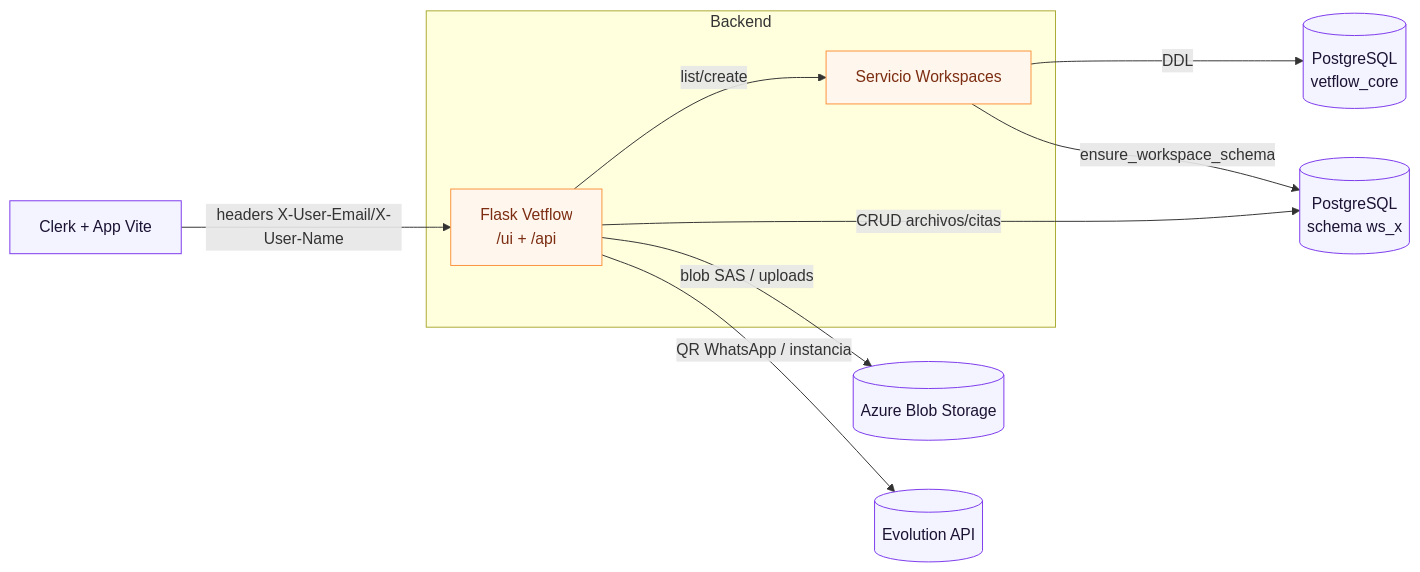
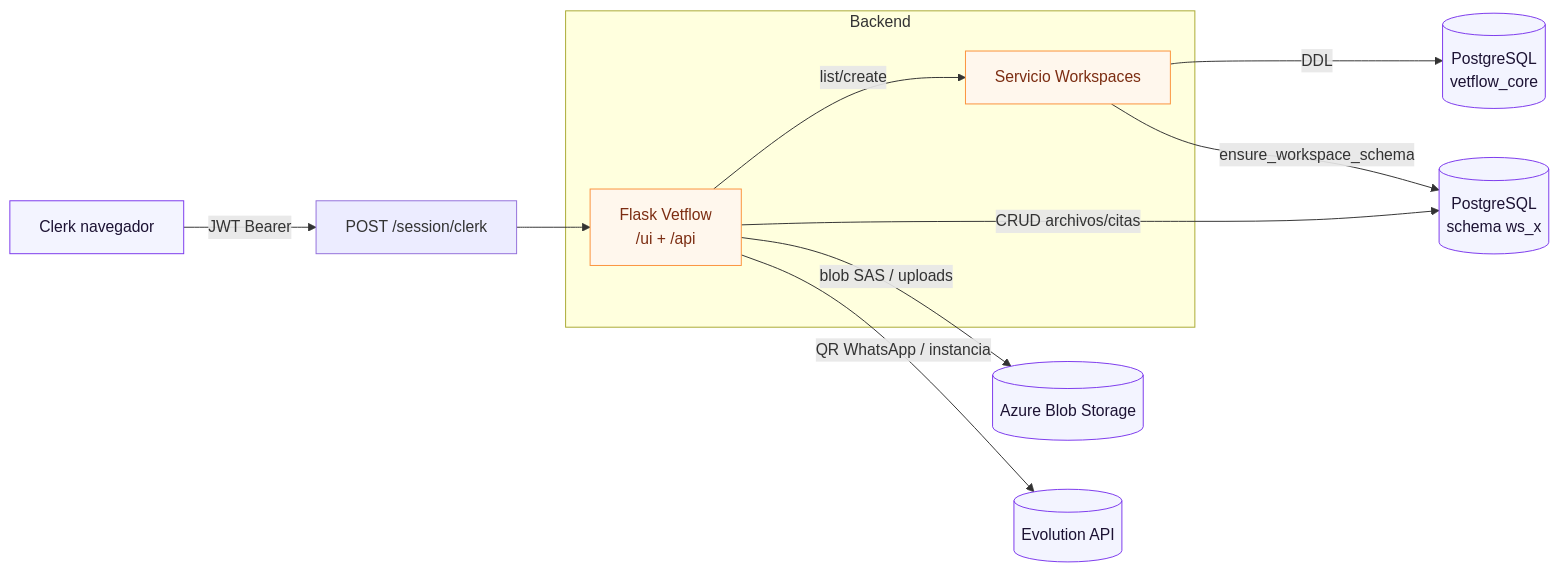
The first of 3 diagrams in README.md (ErickF2811/demo-ragknowladgebase), drawn with Mermaid before and after one commit. The commit also changed other lines of this file and 12 other files, not shown here.

First line of the commit message:
feat(auth): implement Clerk authentication with JWT validation and API key support

````diff
--- a/README.md
+++ b/README.md
@@ -75,21 +85,22 @@
 ```mermaid
 flowchart LR
-    Clerk[Clerk + App Vite] -->|headers X-User-Email/X-User-Name| FlaskVetflow
+    Clerk[Clerk navegador] -->|JWT Bearer| SessionEndpoint[POST /session/clerk]
+    SessionEndpoint --> FlaskVetflow
     subgraph Backend
         FlaskVetflow[Flask Vetflow<br/>/ui + /api]
         Service[Servicio Workspaces]
     end
     FlaskVetflow -->|list/create| Service
     Service -->|DDL| CoreDB[(PostgreSQL<br/>vetflow_core)]
     Service -->|ensure_workspace_schema| WorkspaceDB[(PostgreSQL<br/>schema ws_x)]
     FlaskVetflow -->|CRUD archivos/citas| WorkspaceDB
     FlaskVetflow -->|blob SAS / uploads| Azure[(Azure Blob Storage)]
     FlaskVetflow -->|QR WhatsApp / instancia| Evolution[(Evolution API)]
 
     classDef infra fill:#f3f4ff,stroke:#7c3aed,color:#1c1233;
     classDef service fill:#fff7ed,stroke:#fb923c,color:#7c2d12;
     class Clerk infra
     class FlaskVetflow,Service service
     class CoreDB,WorkspaceDB infra
     class Azure,Evolution infra
 ```
````
